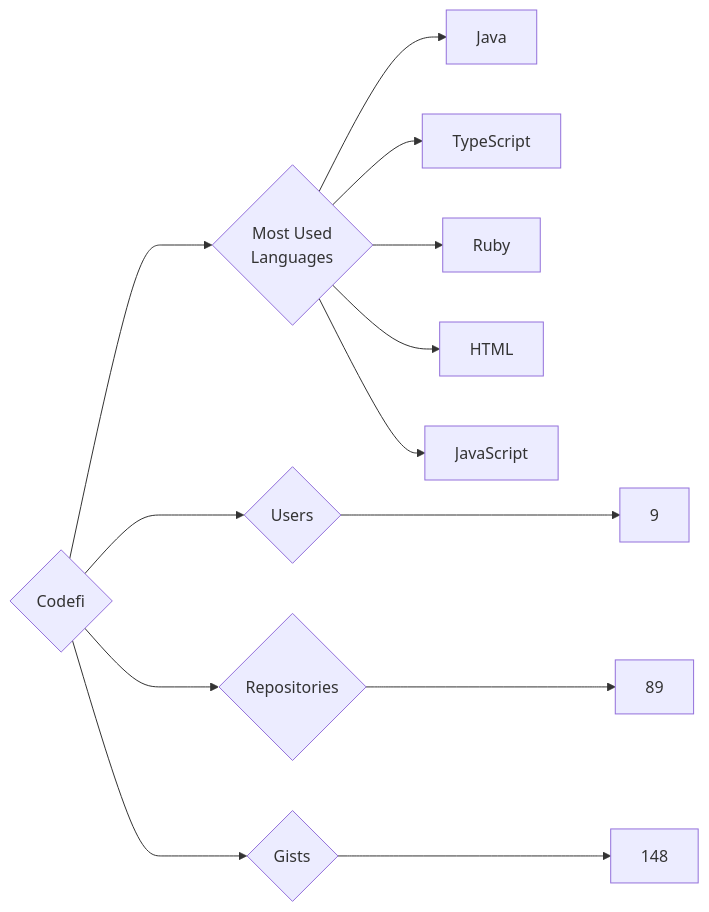
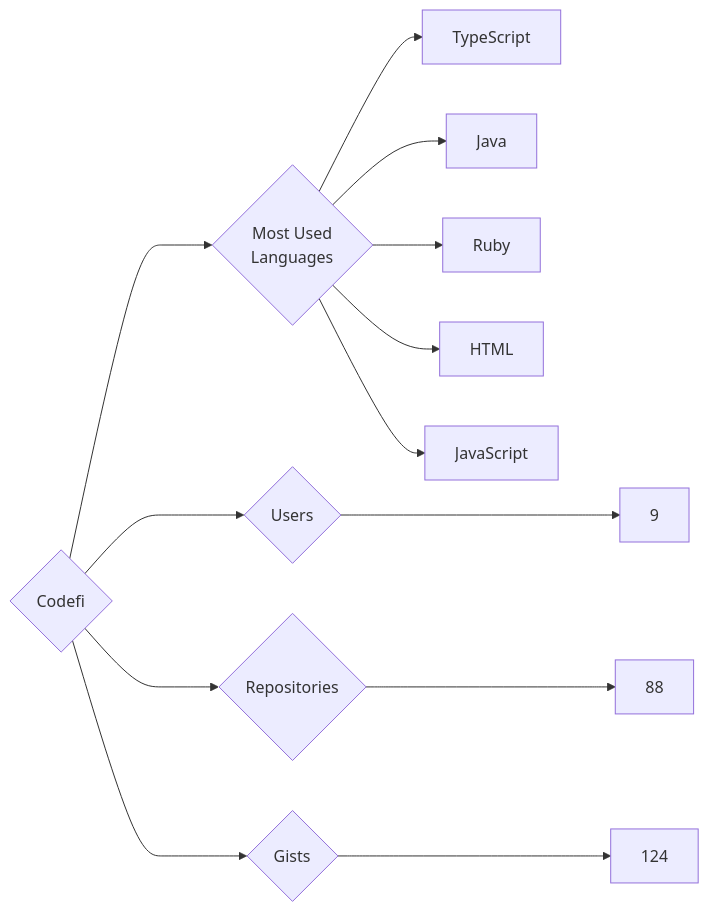
Before and after one commit to trickest/insiders: the diagram in targets/Codefi/README.md, drawn with Mermaid. The commit also changed 1170 other files, not shown here.

````diff
--- a/targets/Codefi/README.md
+++ b/targets/Codefi/README.md
@@ -3,13 +3,13 @@
 ```mermaid
 graph LR
 COMPANY_NAME{Codefi}
 COMPANY_NAME ---> U{Users} ---> UN[9]
-COMPANY_NAME ---> R{Repositories} ---> RN[89]
-COMPANY_NAME ---> G{Gists} ---> GN[148]
+COMPANY_NAME ---> R{Repositories} ---> RN[88]
+COMPANY_NAME ---> G{Gists} ---> GN[124]
 COMPANY_NAME ---> ML{Most Used<br>Languages}
+ML --> TypeScript[TypeScript]
 ML --> Java[Java]
-ML --> TypeScript[TypeScript]
 ML --> Ruby[Ruby]
 ML --> HTML[HTML]
 ML --> JavaScript[JavaScript]
 ```
````
